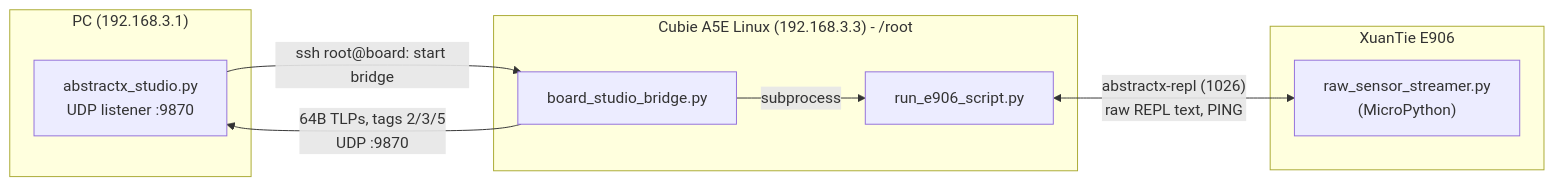
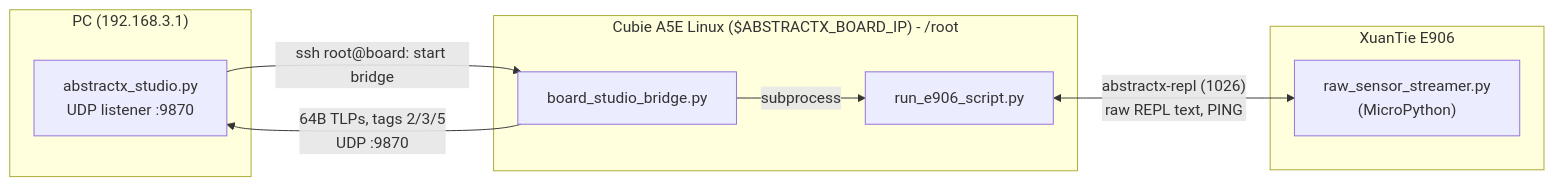
Before and after one commit to tcmichals/AbstractX: the eighth of 8 diagrams in apps/e906_repl_app/README.md, drawn with Mermaid. The commit also changed other lines of this file and 19 other files, not shown here.

````diff
--- a/apps/e906_repl_app/README.md
+++ b/apps/e906_repl_app/README.md
@@ -668,17 +668,17 @@
 ```mermaid
 flowchart LR
     subgraph PC["PC (192.168.3.1)"]
         STUDIO["abstractx_studio.py<br/>UDP listener :9870"]
     end
-    subgraph A5E["Cubie A5E Linux (192.168.3.3) - /root"]
+    subgraph A5E["Cubie A5E Linux ($ABSTRACTX_BOARD_IP) - /root"]
         BRIDGE["board_studio_bridge.py"]
         RUNNER["run_e906_script.py"]
     end
     subgraph E906["XuanTie E906"]
         SCRIPT["raw_sensor_streamer.py<br/>(MicroPython)"]
     end
     STUDIO -- "ssh root@board: start bridge" --> BRIDGE
     BRIDGE -- "subprocess" --> RUNNER
     RUNNER <-- "abstractx-repl (1026)<br/>raw REPL text, PING" --> SCRIPT
     BRIDGE -- "64B TLPs, tags 2/3/5<br/>UDP :9870" --> STUDIO
 ```
````
